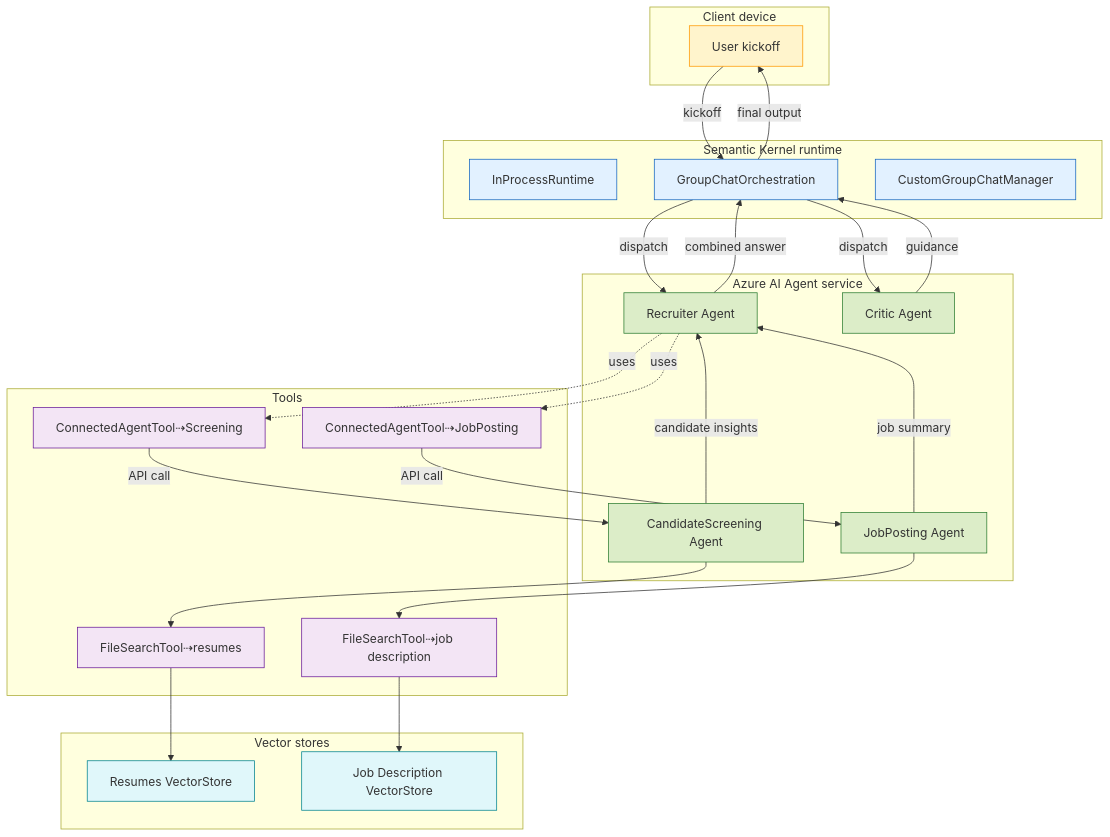
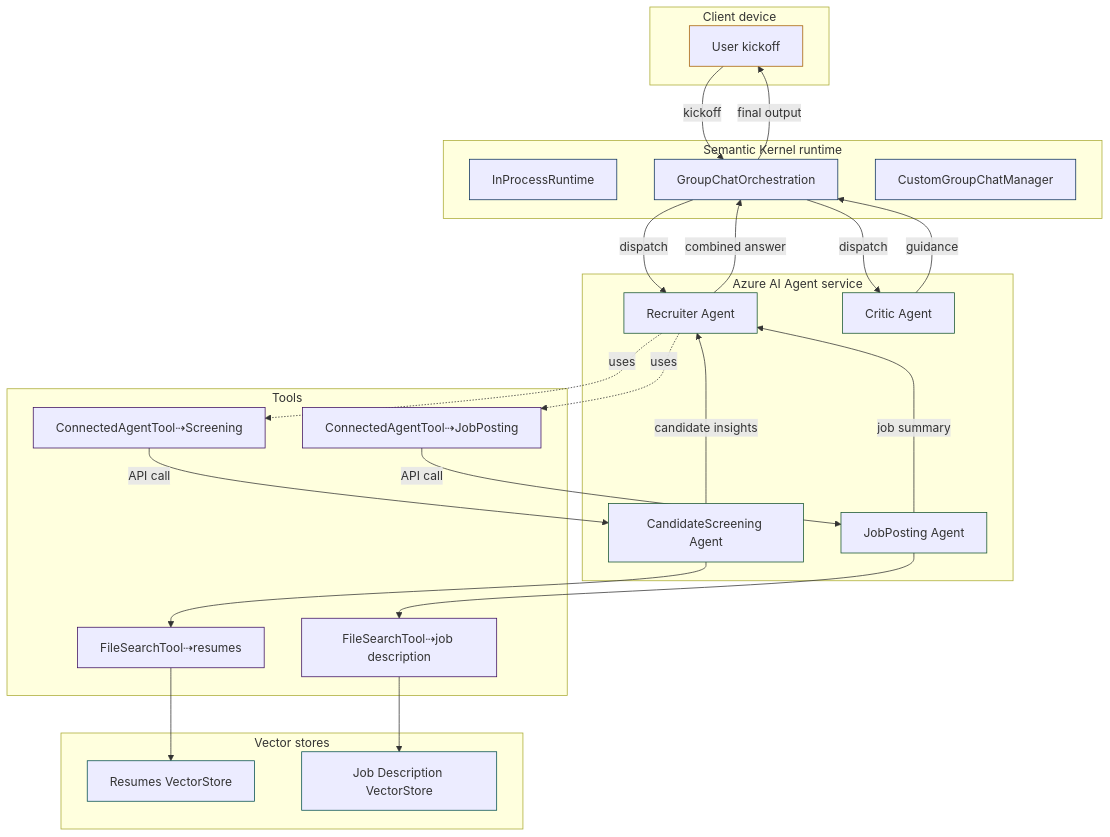
The diagram in README.md (aymenfurter/connected_agents), drawn with Mermaid before and after one commit.

Commit message:
feat: fix colors

````diff
--- a/README.md
+++ b/README.md
@@ -15,65 +15,66 @@
 ```mermaid
 flowchart TD
     %% ─────────────────────────
     %% NODES
     %% ─────────────────────────
     subgraph Client["Client device"]
         User["User kickoff"]
     end
     subgraph "Semantic Kernel runtime"
         RT[InProcessRuntime]
         GC[GroupChatOrchestration]
         RR[CustomGroupChatManager]
     end
     subgraph "Azure AI Agent service"
         Recruiter["Recruiter Agent"]
         Critic["Critic Agent"]
         Screening["CandidateScreening Agent"]
         JobPosting["JobPosting Agent"]
     end
     subgraph Tools
         ScrTool["ConnectedAgentTool⇢Screening"]
         JPTool["ConnectedAgentTool⇢JobPosting"]
         ResSearch["FileSearchTool⇢resumes"]
         JDSearch["FileSearchTool⇢job description"]
     end
     subgraph "Vector stores"
         ResVS["Resumes VectorStore"]
         JDVS["Job Description VectorStore"]
     end
 
     %% ─────────────────────────
     %% DATA FLOW
     %% ─────────────────────────
     User -- kickoff --> GC
     GC -- dispatch --> Recruiter
     GC -- dispatch --> Critic
     Recruiter -. uses .-> ScrTool
     Recruiter -. uses .-> JPTool
     ScrTool -- API call --> Screening
     JPTool -- API call --> JobPosting
     Screening --> ResSearch
     JobPosting --> JDSearch
     ResSearch --> ResVS
     JDSearch --> JDVS
     Screening -- candidate insights --> Recruiter
     JobPosting -- job summary --> Recruiter
     Recruiter -- combined answer --> GC
     Critic -- guidance --> GC
     GC -- final output --> User
 
     %% ─────────────────────────
     %% STYLING
     %% ─────────────────────────
-    classDef client fill:#fff4cc,stroke:#ff9800,stroke-width:1px;
-    classDef runtime fill:#e2f1ff,stroke:#1565c0,stroke-width:1px;
-    classDef agent fill:#dcedc8,stroke:#2e7d32,stroke-width:1px;
-    classDef tool fill:#f3e5f5,stroke:#6a1b9a,stroke-width:1px;
-    classDef vector fill:#e0f7fa,stroke:#00838f,stroke-width:1px;
+    classDef client stroke:#a65e00,stroke-width:1px;
+    classDef runtime stroke:#0a2f5a,stroke-width:1px;
+    classDef agent stroke:#14532d,stroke-width:1px;
+    classDef tool stroke:#3c0e5f,stroke-width:1px;
+    classDef vector stroke:#004d4d,stroke-width:1px;
 
     class User client;
     class RT,GC,RR runtime;
     class Recruiter,Critic,Screening,JobPosting agent;
     class ScrTool,JPTool,ResSearch,JDSearch tool;
     class ResVS,JDVS vector;
+
 ```
````
